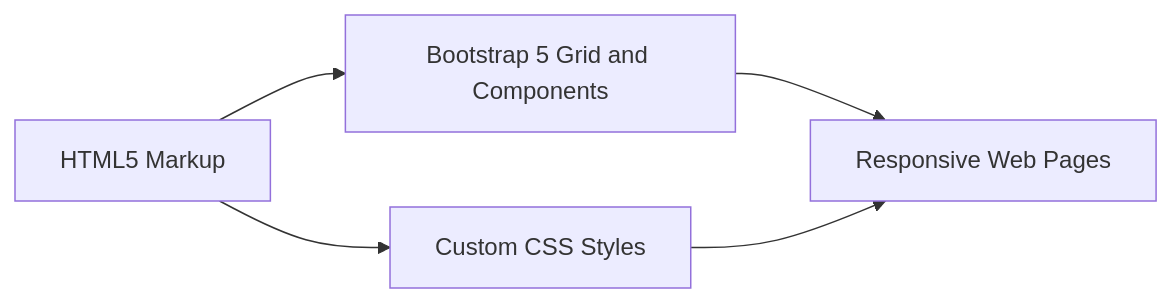
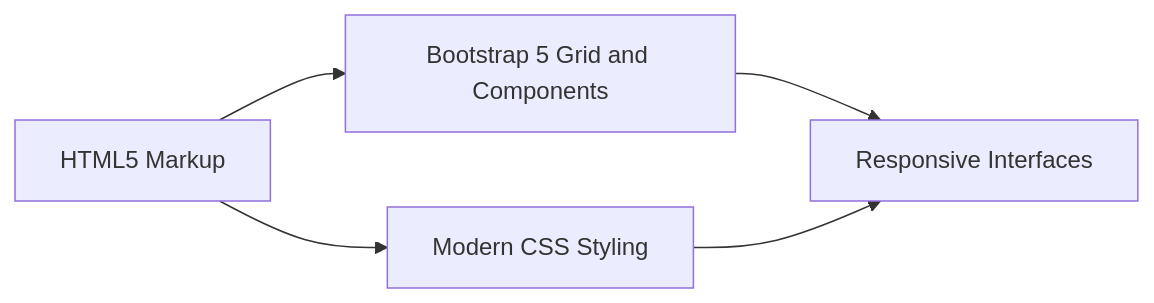
One commit to Bisrat-joseph/web-programming-1 changed the second of 2 diagrams in README.md. Above: the diagram before and after it, drawn with Mermaid. The commit also changed other lines of this file, not shown here.

````diff
--- a/README.md
+++ b/README.md
@@ -48,7 +47,7 @@
 ```mermaid
 flowchart LR
     A[HTML5 Markup] --> B[Bootstrap 5 Grid and Components]
-    A --> C[Custom CSS Styles]
-    B --> D[Responsive Web Pages]
+    A --> C[Modern CSS Styling]
+    B --> D[Responsive Interfaces]
     C --> D
 ```
````
